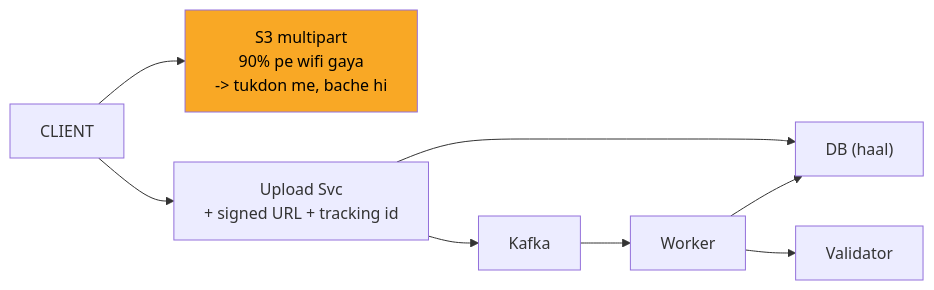
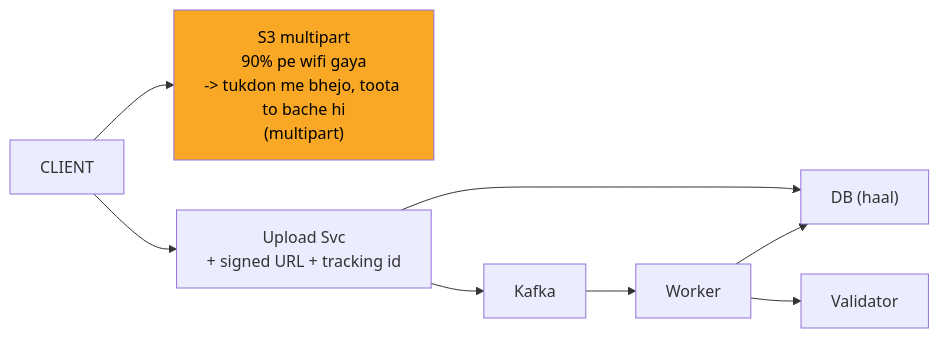
One commit to ArpanMaheshwari144/Prep changed the fourth of 11 diagrams in 04_HLD/SYSTEM_DESIGNS/07_file_upload_validate_system/07_file_upload_INTERVIEW.md. Above: the diagram before and after it, drawn with Mermaid. The commit also changed other lines of this file and 13 other files, not shown here.

````diff
--- a/04_HLD/SYSTEM_DESIGNS/07_file_upload_validate_system/07_file_upload_INTERVIEW.md
+++ b/04_HLD/SYSTEM_DESIGNS/07_file_upload_validate_system/07_file_upload_INTERVIEW.md
@@ -161,18 +161,18 @@
 ```mermaid
 flowchart LR
     n_CLIENT["CLIENT"]
-    n_S3["S3 multipart<br/>90% pe wifi gaya<br/>-> tukdon me, bache hi"]
+    n_S3["S3 multipart<br/>90% pe wifi gaya<br/>-> tukdon me bhejo, toota to bache hi<br/>(multipart)"]
     n_Upload_Svc["Upload Svc<br/>+ signed URL + tracking id"]
     n_DB["DB (haal)"]
     n_Kafka["Kafka"]
     n_Worker["Worker"]
     n_Validator["Validator"]
     n_CLIENT --> n_S3
     n_CLIENT --> n_Upload_Svc
     n_Upload_Svc --> n_DB
     n_Upload_Svc --> n_Kafka
     n_Kafka --> n_Worker
     n_Worker --> n_Validator
     n_Worker --> n_DB
     style n_S3 fill:#f9a825,color:#000
 ```
````
